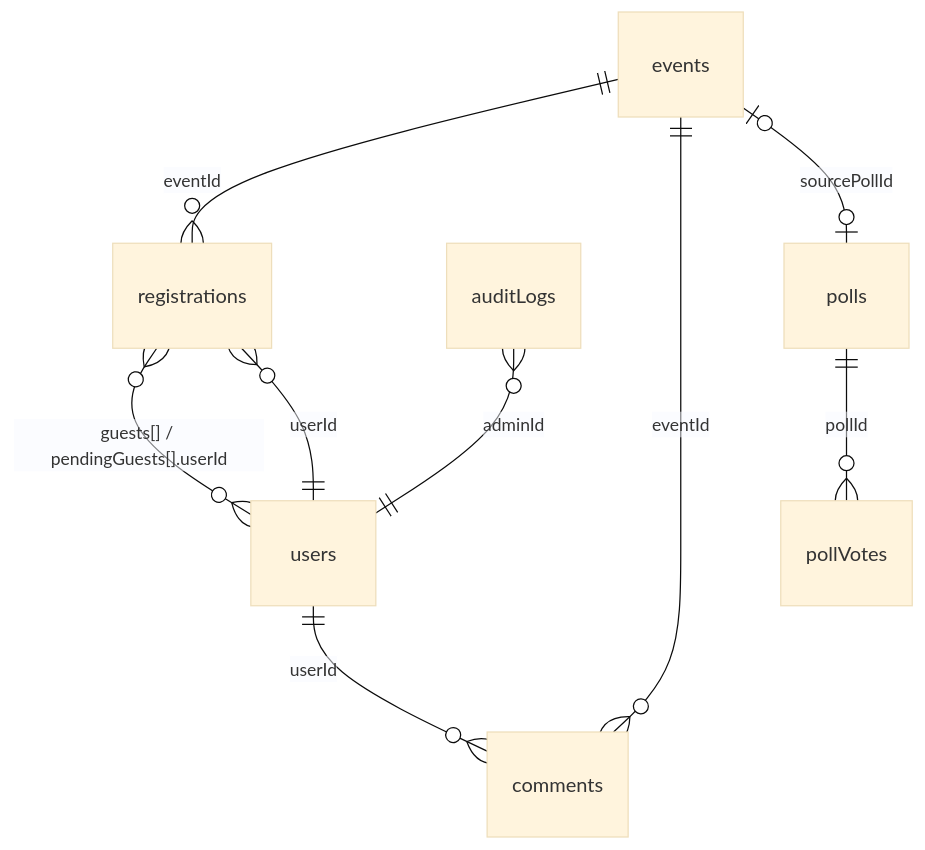
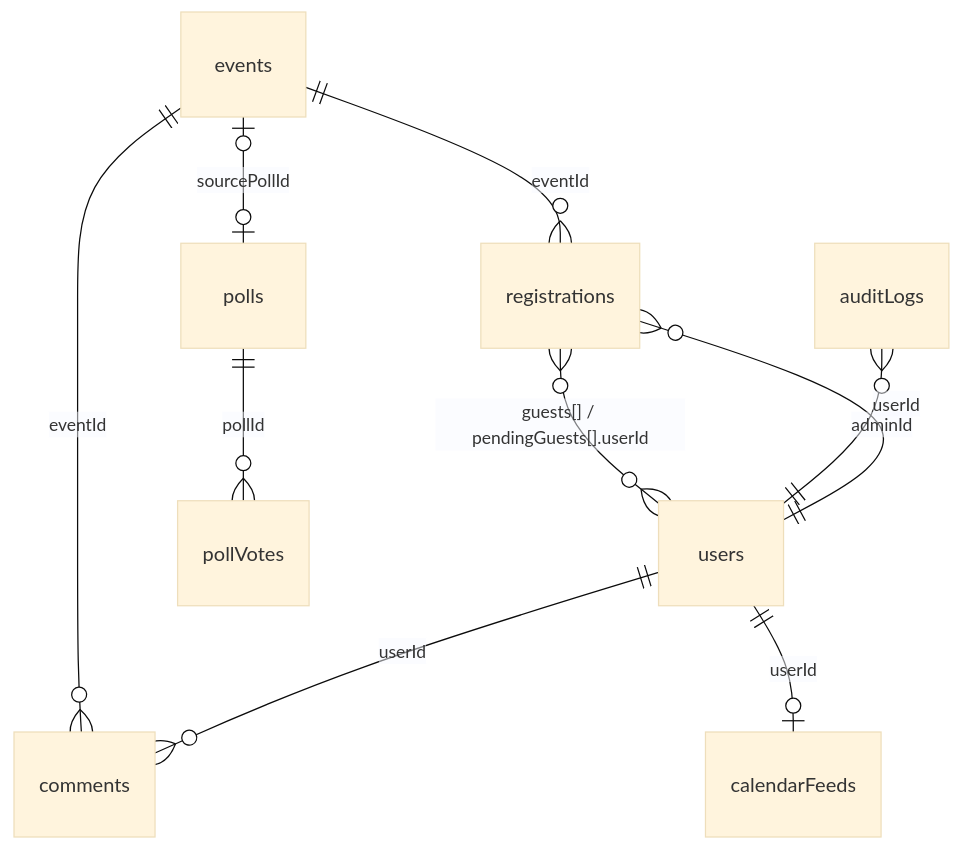
Before and after one commit to VibeGenZero/DEMS: the diagram in docs/wiki/concepts/data-model.md, drawn with Mermaid (base theme). The commit also changed other lines of this file and 36 other files, not shown here.

````diff
--- a/docs/wiki/concepts/data-model.md
+++ b/docs/wiki/concepts/data-model.md
@@ -14,11 +14,12 @@
 ```mermaid
 erDiagram
   events ||--o{ registrations : "eventId"
   events ||--o{ comments : "eventId"
   users ||--o{ registrations : "userId"
   users ||--o{ comments : "userId"
+  users ||--o| calendarFeeds : "userId"
   registrations }o--o{ users : "guests[] / pendingGuests[].userId"
   auditLogs }o--|| users : "adminId"
   polls ||--o{ pollVotes : "pollId"
   events |o--o| polls : "sourcePollId"
 ```
````
